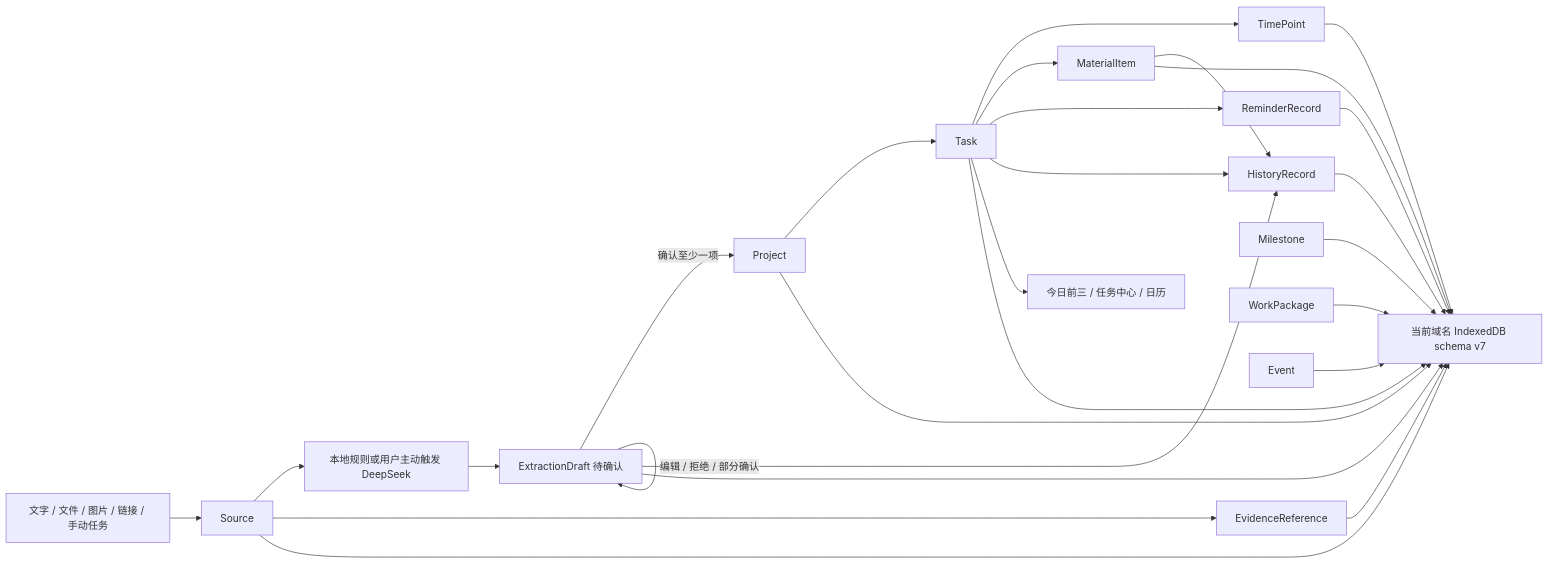
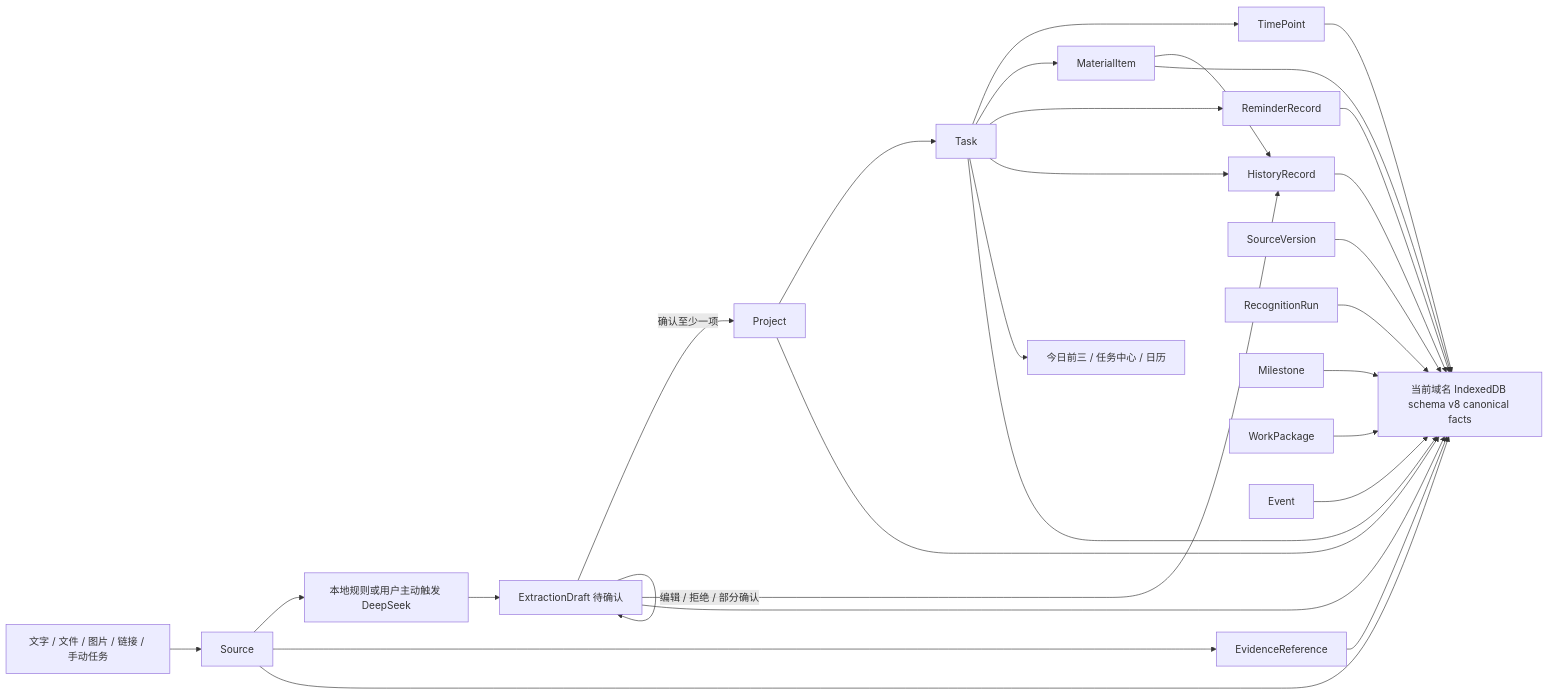
Before and after one commit to nightair5/Student-Affairs-Manager: the diagram in docs/ARCHITECTURE.md, drawn with Mermaid. The commit also changed 19 other files, not shown here.

````diff
--- a/docs/ARCHITECTURE.md
+++ b/docs/ARCHITECTURE.md
@@ -7,18 +7,18 @@
 ```mermaid
 flowchart LR
   Input["文字 / 文件 / 图片 / 链接 / 手动任务"] --> Source["Source"]
   Source --> Extract["本地规则或用户主动触发 DeepSeek"]
   Extract --> Draft["ExtractionDraft 待确认"]
   Draft -->|"编辑 / 拒绝 / 部分确认"| Draft
   Draft -->|"确认至少一项"| Project["Project"]
   Project --> Task["Task"]
   Task --> Time["TimePoint"]
   Task --> Material["MaterialItem"]
   Task --> Reminder["ReminderRecord"]
   Source --> Evidence["EvidenceReference"]
   Task --> History["HistoryRecord"]
   Material --> History
   Draft --> History
   Task --> Today["今日前三 / 任务中心 / 日历"]
-  Source & Draft & Project & Milestone & WorkPackage & Task & Event & Time & Material & Evidence & History & Reminder --> IDB["当前域名 IndexedDB schema v7"]
+  Source & SourceVersion & RecognitionRun & Draft & Project & Milestone & WorkPackage & Task & Event & Time & Material & Evidence & History & Reminder --> IDB["当前域名 IndexedDB schema v8 canonical facts"]
 ```
````
